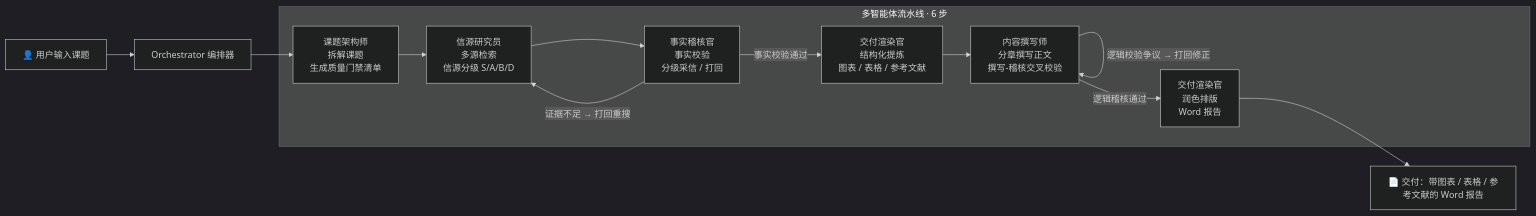
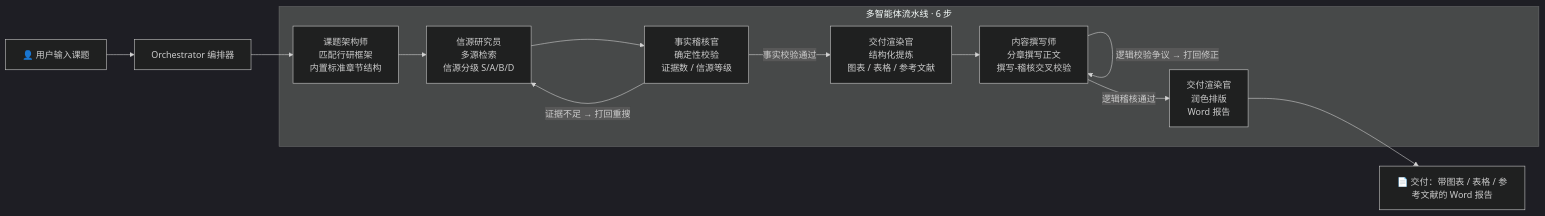
Before and after one commit to yuyu-0808/eco-research-copilot: the diagram in README.md, drawn with Mermaid (dark theme). The commit also changed other lines of this file and 1 other file, not shown here.

````diff
--- a/README.md
+++ b/README.md
@@ -36,18 +36,18 @@
 ```mermaid
 flowchart LR
     U[👤 用户输入课题] --> O[Orchestrator 编排器]
     subgraph Pipeline["多智能体流水线 · 6 步"]
-        A1[课题架构师<br/>拆解课题<br/>生成质量门禁清单]
+        A1[课题架构师<br/>匹配行研框架<br/>内置标准章节结构]
         A2[信源研究员<br/>多源检索<br/>信源分级 S/A/B/D]
-        A3[事实稽核官<br/>事实校验<br/>分级采信 / 打回]
+        A3[事实稽核官<br/>确定性校验<br/>证据数 / 信源等级]
         A4[交付渲染官<br/>结构化提炼<br/>图表 / 表格 / 参考文献]
         A5[内容撰写师<br/>分章撰写正文<br/>撰写-稽核交叉校验]
         A6[交付渲染官<br/>润色排版<br/>Word 报告]
     end
     O --> A1 --> A2 --> A3
     A3 -- "证据不足 → 打回重搜" --> A2
     A3 -- "事实校验通过" --> A4 --> A5
     A5 -- "逻辑校验争议 → 打回修正" --> A5
     A5 -- "逻辑稽核通过" --> A6
     A6 --> D[📄 交付：带图表 / 表格 / 参考文献的 Word 报告]
 ```
````
